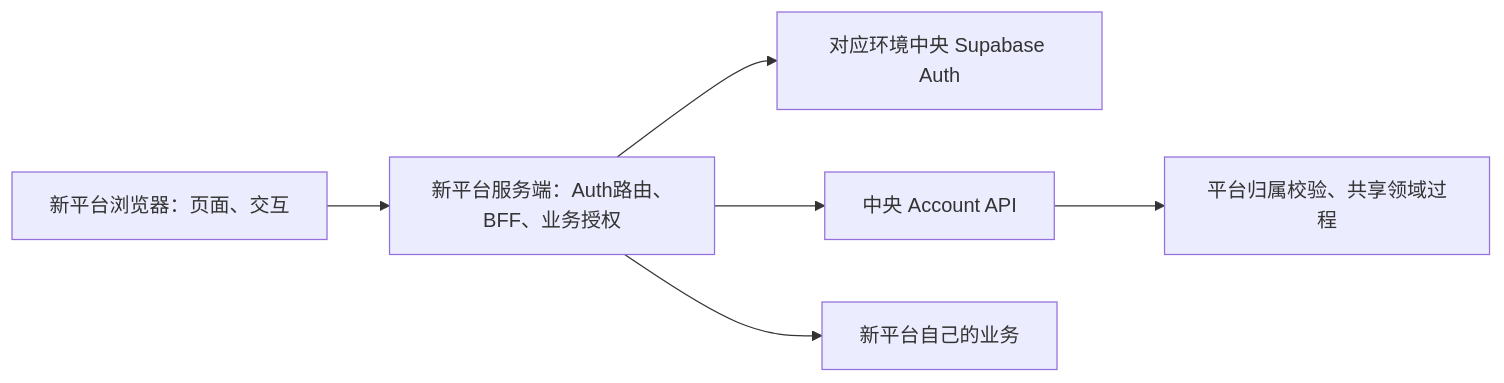
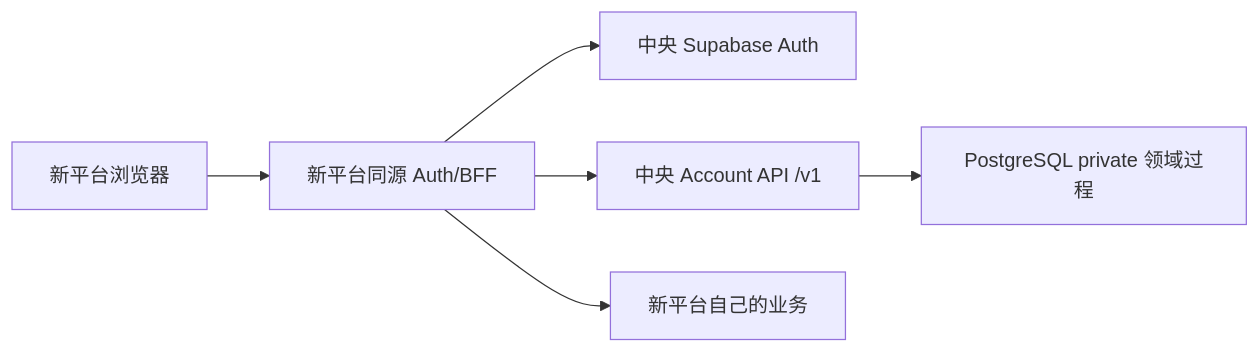
One commit to aisenhub/Aisenhubplatform changed the diagram in docs/guides/platform-onboarding.md. Above: the diagram before and after it, drawn with Mermaid. The commit also changed other lines of this file and 34 other files, not shown here.

Commit message:
docs(contract): sync contract-first architecture

````diff
--- a/docs/guides/platform-onboarding.md
+++ b/docs/guides/platform-onboarding.md
@@ -16,8 +9,8 @@
 ```mermaid
 flowchart LR
-    Browser["新平台浏览器：页面、交互"] --> BFF["新平台服务端：Auth路由、BFF、业务授权"]
-    BFF --> Auth["对应环境中央 Supabase Auth"]
-    BFF --> API["中央 Account API"]
-    API --> Rules["平台归属校验、共享领域过程"]
-    BFF --> Business["新平台自己的业务"]
+    Browser[新平台浏览器] --> BFF[新平台同源 Auth/BFF]
+    BFF --> Auth[中央 Supabase Auth]
+    BFF --> API[中央 Account API /v1]
+    API --> Rules[PostgreSQL private 领域过程]
+    BFF --> Business[新平台自己的业务]
 ```
````
